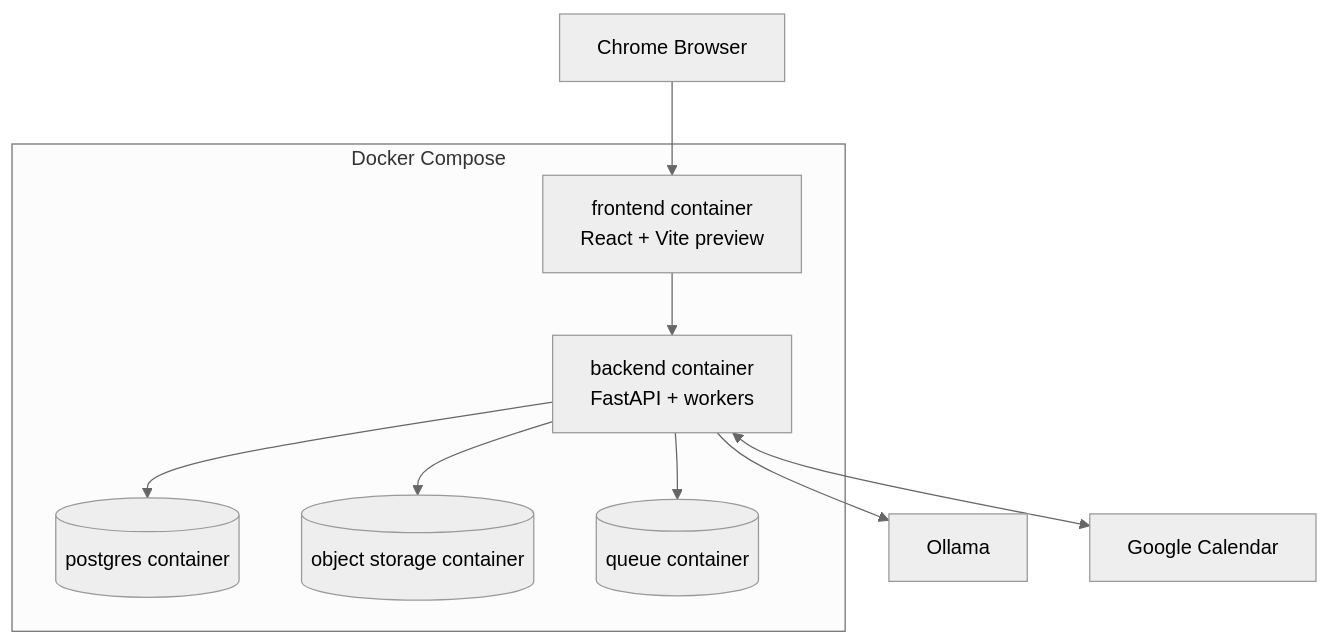
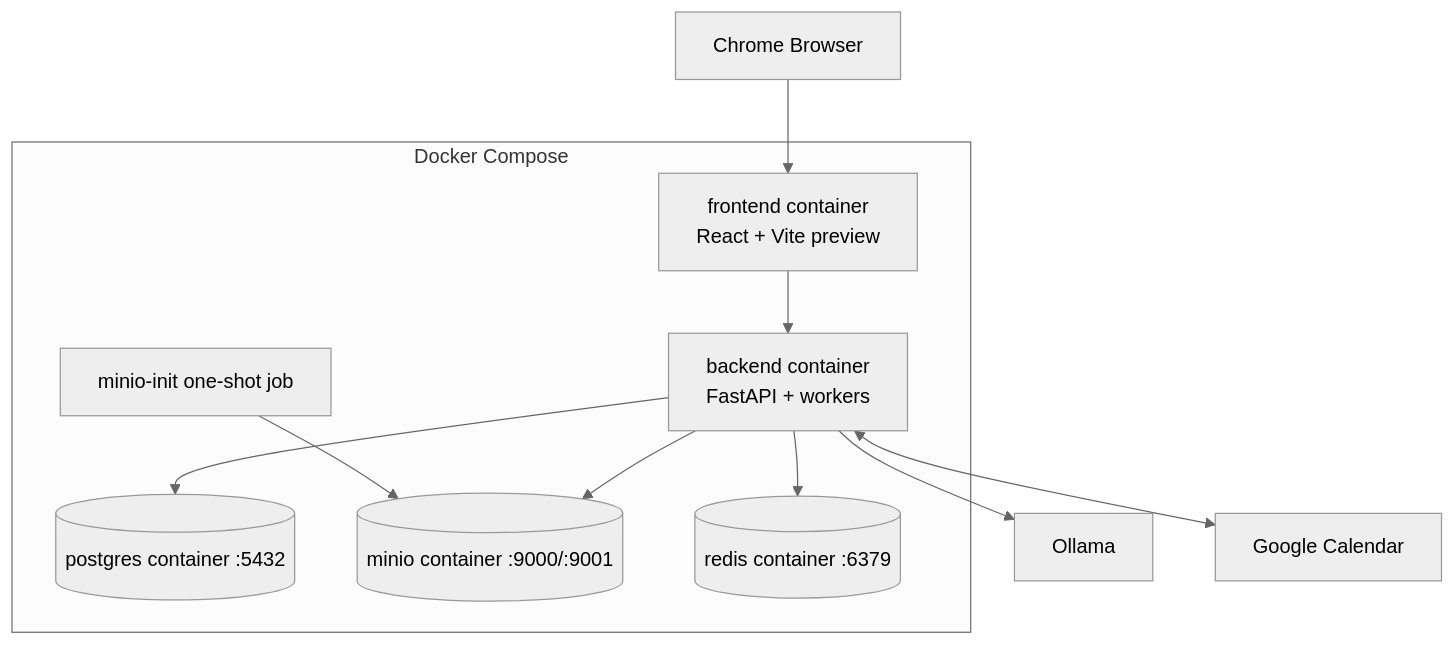
One commit to RubiFoc/hrm changed the ninth of 9 diagrams in docs/architecture/diagrams.md. Above: the diagram before and after it, drawn with Mermaid (neutral theme). The commit also changed 12 other files, not shown here.

````diff
--- a/docs/architecture/diagrams.md
+++ b/docs/architecture/diagrams.md
@@ -254,18 +254,20 @@
 ```mermaid
 flowchart TB
   subgraph Compose[Docker Compose]
     FE[frontend container\nReact + Vite preview]
     BE[backend container\nFastAPI + workers]
-    DB[(postgres container)]
-    OBJ[(object storage container)]
-    MQ[(queue container)]
+    DB[(postgres container :5432)]
+    OBJ[(minio container :9000/:9001)]
+    MQ[(redis container :6379)]
+    INIT[minio-init one-shot job]
   end
 
   USER[Chrome Browser] --> FE
   FE --> BE
   BE --> DB
   BE --> OBJ
   BE --> MQ
+  INIT --> OBJ
   BE --> OLL[Ollama]
   BE <--> GCAL[Google Calendar]
 ```
````
